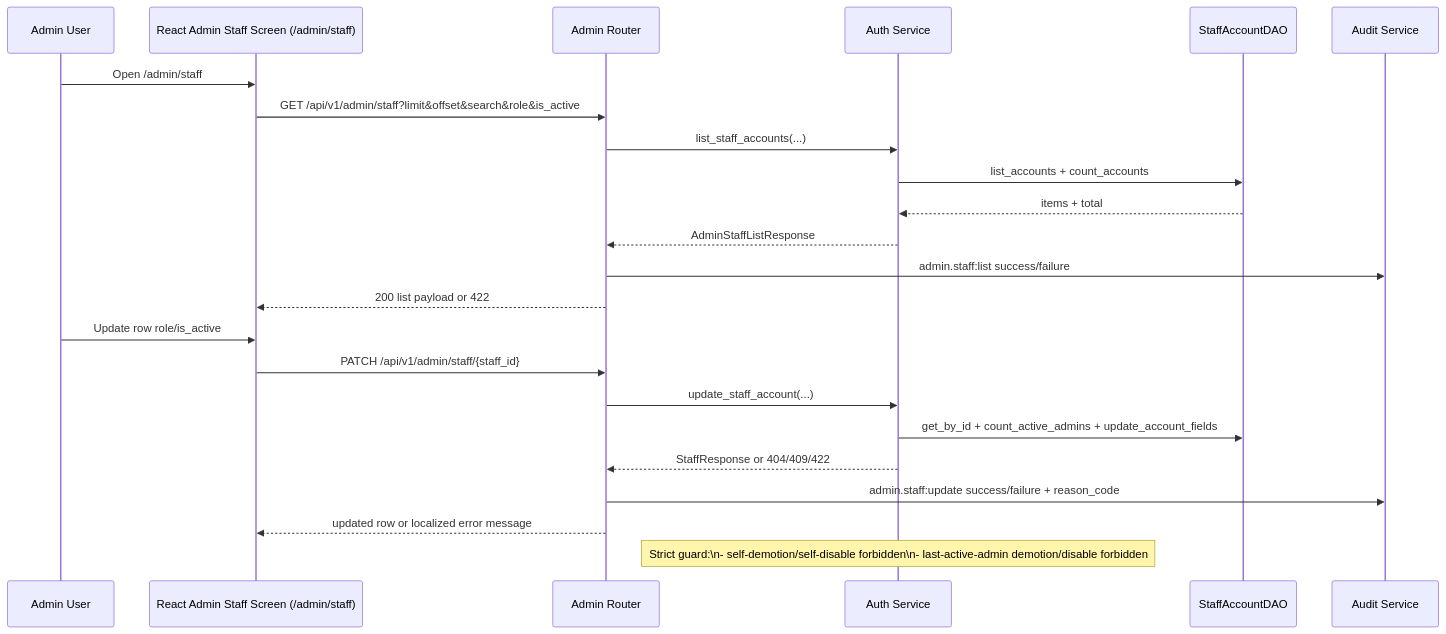
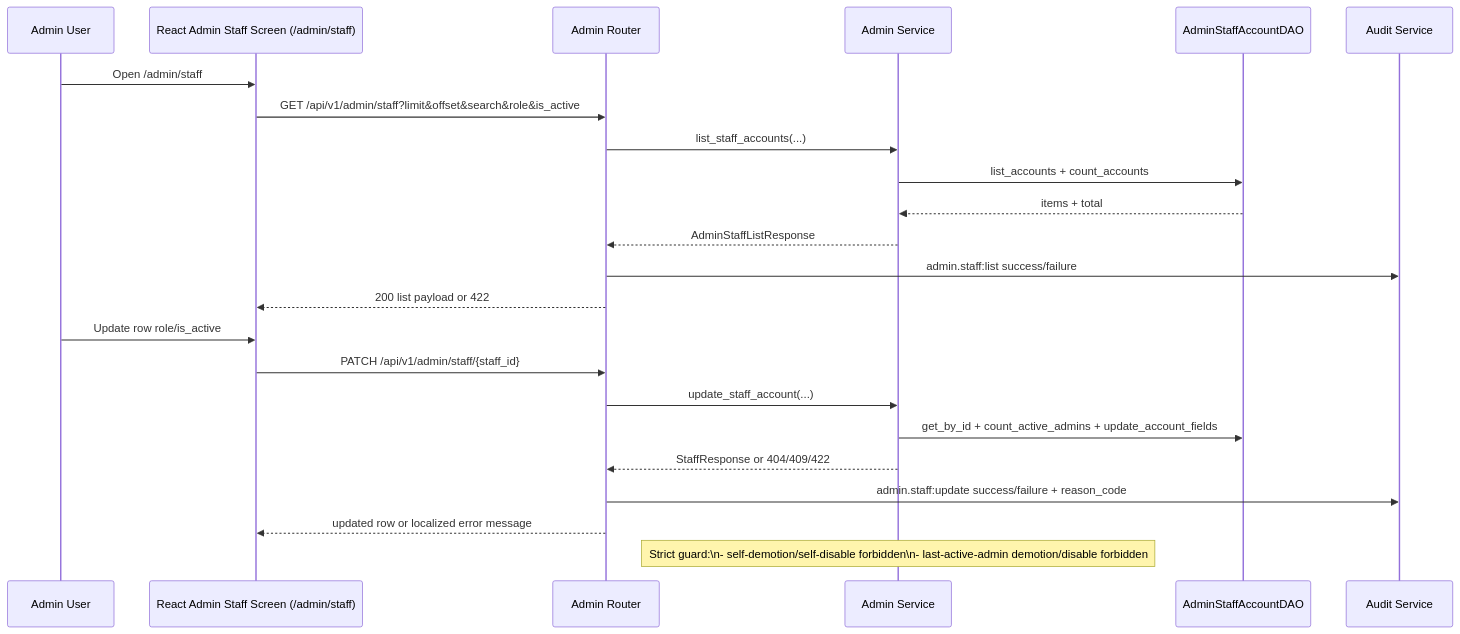
Diagram 16 of 16 in docs/architecture/diagrams.md (RubiFoc/hrm), drawn with Mermaid before and after one commit. The commit also changed other lines of this file and 33 other files, not shown here.

Commit message:
refactor(admin): extract admin domain package from auth

````diff
--- a/docs/architecture/diagrams.md
+++ b/docs/architecture/diagrams.md
@@ -458,28 +462,28 @@
 ```mermaid
 sequenceDiagram
   participant ADM as Admin User
   participant UI as React Admin Staff Screen (/admin/staff)
   participant API as Admin Router
-  participant AUTH as Auth Service
-  participant DAO as StaffAccountDAO
+  participant SRV as Admin Service
+  participant DAO as AdminStaffAccountDAO
   participant AUD as Audit Service
 
   ADM->>UI: Open /admin/staff
   UI->>API: GET /api/v1/admin/staff?limit&offset&search&role&is_active
-  API->>AUTH: list_staff_accounts(...)
-  AUTH->>DAO: list_accounts + count_accounts
-  DAO-->>AUTH: items + total
-  AUTH-->>API: AdminStaffListResponse
+  API->>SRV: list_staff_accounts(...)
+  SRV->>DAO: list_accounts + count_accounts
+  DAO-->>SRV: items + total
+  SRV-->>API: AdminStaffListResponse
   API->>AUD: admin.staff:list success/failure
   API-->>UI: 200 list payload or 422
 
   ADM->>UI: Update row role/is_active
   UI->>API: PATCH /api/v1/admin/staff/{staff_id}
-  API->>AUTH: update_staff_account(...)
-  AUTH->>DAO: get_by_id + count_active_admins + update_account_fields
-  AUTH-->>API: StaffResponse or 404/409/422
+  API->>SRV: update_staff_account(...)
+  SRV->>DAO: get_by_id + count_active_admins + update_account_fields
+  SRV-->>API: StaffResponse or 404/409/422
   API->>AUD: admin.staff:update success/failure + reason_code
   API-->>UI: updated row or localized error message
 
-  Note over AUTH: Strict guard:\n- self-demotion/self-disable forbidden\n- last-active-admin demotion/disable forbidden
+  Note over SRV: Strict guard:\n- self-demotion/self-disable forbidden\n- last-active-admin demotion/disable forbidden
 ```
````
